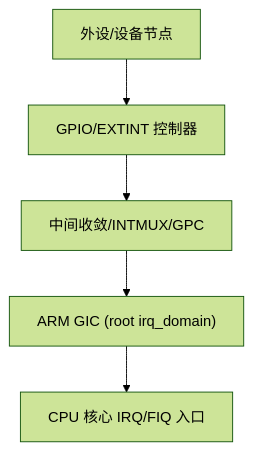
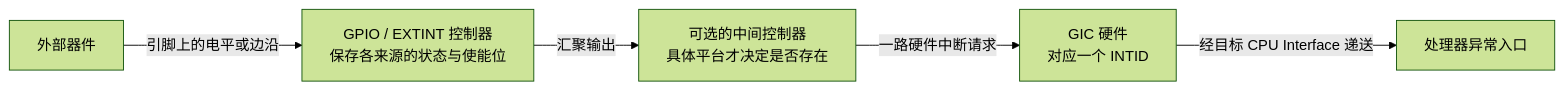
One commit to FormingSystem/linux_note changed the first of 4 diagrams in knowledge/linux/synchronization_and_asynchrony/asynchrony/interrupts/P09_层级中断控制器与_ARM_GIC_在_Linux_中的实现.md. Above: the diagram before and after it, drawn with Mermaid (forest theme). The commit also changed other lines of this file and 36 other files, not shown here.

````diff
--- a/knowledge/linux/synchronization_and_asynchrony/asynchrony/interrupts/P09_层级中断控制器与_ARM_GIC_在_Linux_中的实现.md
+++ b/knowledge/linux/synchronization_and_asynchrony/asynchrony/interrupts/P09_层级中断控制器与_ARM_GIC_在_Linux_中的实现.md
@@ -52,7 +41,7 @@
 ```mermaid
-graph TD
-    A["外设/设备节点"] --> B["GPIO/EXTINT 控制器"]
-    B --> C["中间收敛/INTMUX/GPC"]
-    C --> D["ARM GIC (root irq_domain)"]
-    D --> E["CPU 核心 IRQ/FIQ 入口"]
+flowchart LR
+    A["外部器件"] -->|引脚上的电平或边沿| B["GPIO / EXTINT 控制器<br/>保存各来源的状态与使能位"]
+    B -->|汇聚输出| C["可选的中间控制器<br/>具体平台才决定是否存在"]
+    C -->|一路硬件中断请求| D["GIC 硬件<br/>对应一个 INTID"]
+    D -->|经目标 CPU Interface 递送| E["处理器异常入口"]
 ```
````
